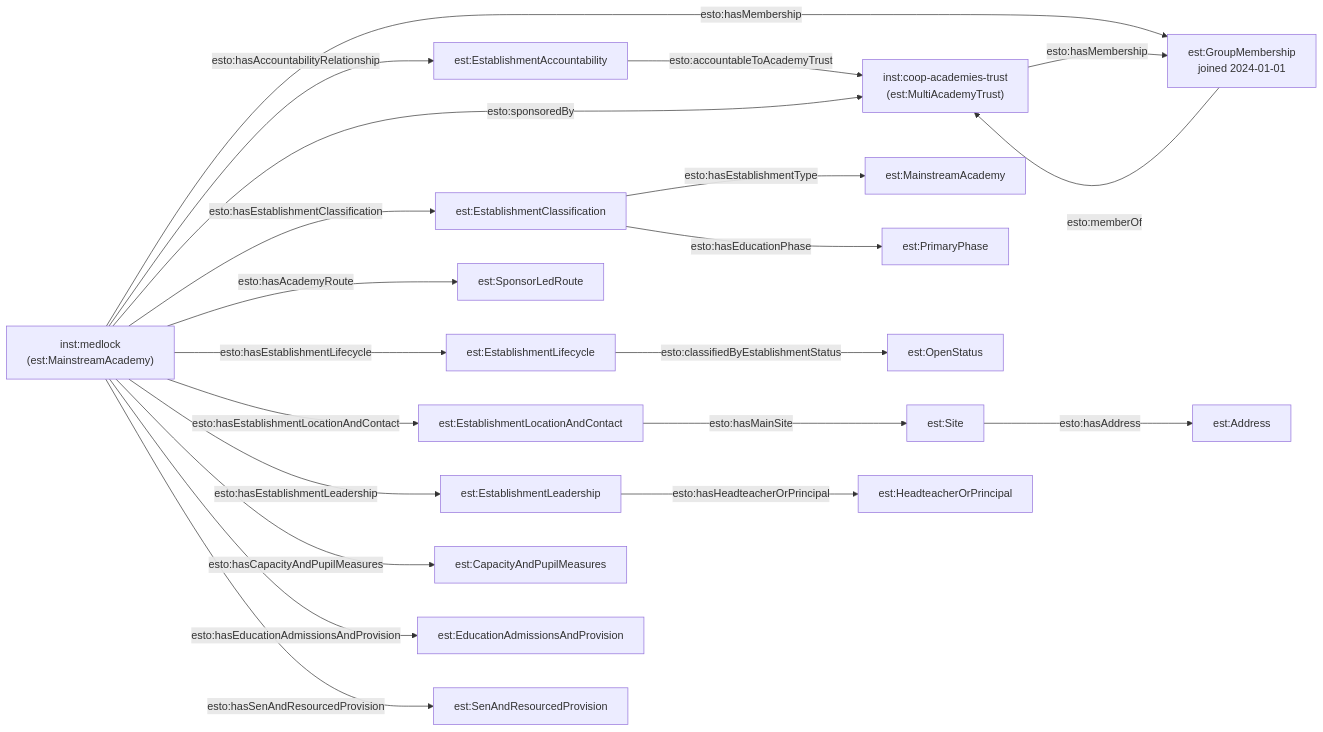
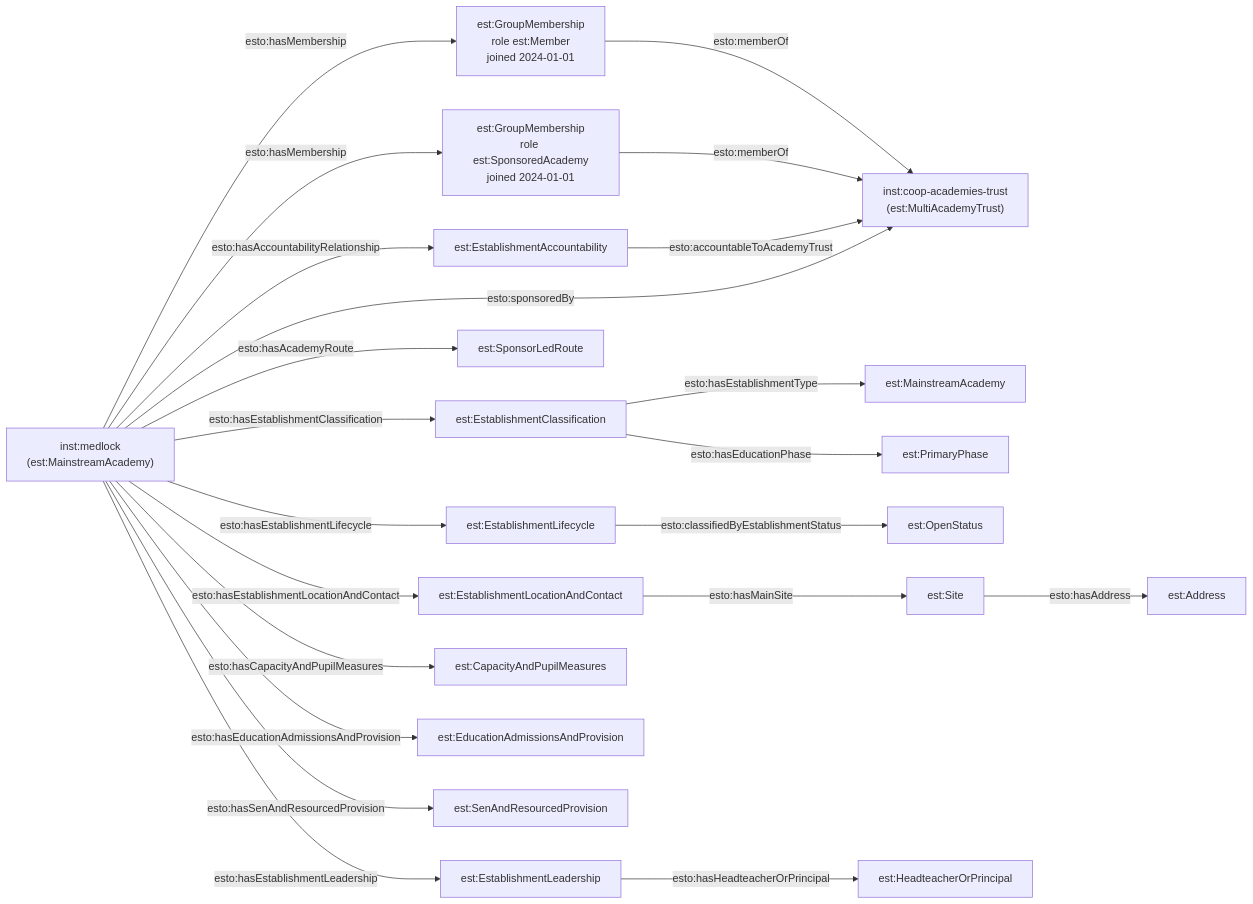
The second of 2 diagrams in docs-site/content/models/establishment/worked-examples/medlock-mat/index.md (DFE-Digital/education-provider-registry-docs), drawn with Mermaid before and after one commit. The commit also changed other lines of this file and 9 other files, not shown here.

````diff
--- a/docs-site/content/models/establishment/worked-examples/medlock-mat/index.md
+++ b/docs-site/content/models/establishment/worked-examples/medlock-mat/index.md
@@ -75,32 +75,33 @@
 ```mermaid
 flowchart LR
     AT["inst:coop-academies-trust<br/>(est:MultiAcademyTrust)"]
     MED["inst:medlock<br/>(est:MainstreamAcademy)"]
 
-    AT -->|esto:hasMembership| GM["est:GroupMembership<br/>joined 2024-01-01"]
-    GM -->|esto:memberOf| AT
-    MED -->|esto:hasMembership| GM
+    MED -->|esto:hasMembership| GM1["est:GroupMembership<br/>role est:Member<br/>joined 2024-01-01"]
+    MED -->|esto:hasMembership| GM2["est:GroupMembership<br/>role est:SponsoredAcademy<br/>joined 2024-01-01"]
+    GM1 -->|esto:memberOf| AT
+    GM2 -->|esto:memberOf| AT
 
     MED -->|esto:hasAccountabilityRelationship| ACC["est:EstablishmentAccountability"]
     ACC -->|esto:accountableToAcademyTrust| AT
     MED -->|esto:sponsoredBy| AT
 
     MED -->|esto:hasEstablishmentClassification| CL["est:EstablishmentClassification"]
     CL -->|esto:hasEstablishmentType| TY["est:MainstreamAcademy"]
     CL -->|esto:hasEducationPhase| PH["est:PrimaryPhase"]
     MED -->|esto:hasAcademyRoute| RT["est:SponsorLedRoute"]
 
     MED -->|esto:hasEstablishmentLifecycle| LC["est:EstablishmentLifecycle"]
     LC -->|esto:classifiedByEstablishmentStatus| OS["est:OpenStatus"]
 
     MED -->|esto:hasEstablishmentLocationAndContact| LOC["est:EstablishmentLocationAndContact"]
     LOC -->|esto:hasMainSite| SITE["est:Site"]
     SITE -->|esto:hasAddress| ADDR["est:Address"]
 
     MED -->|esto:hasEstablishmentLeadership| LEAD["est:EstablishmentLeadership"]
     LEAD -->|esto:hasHeadteacherOrPrincipal| HT["est:HeadteacherOrPrincipal"]
 
     MED -->|esto:hasCapacityAndPupilMeasures| CAP["est:CapacityAndPupilMeasures"]
     MED -->|esto:hasEducationAdmissionsAndProvision| ADM["est:EducationAdmissionsAndProvision"]
     MED -->|esto:hasSenAndResourcedProvision| SEN["est:SenAndResourcedProvision"]
 ```
````
